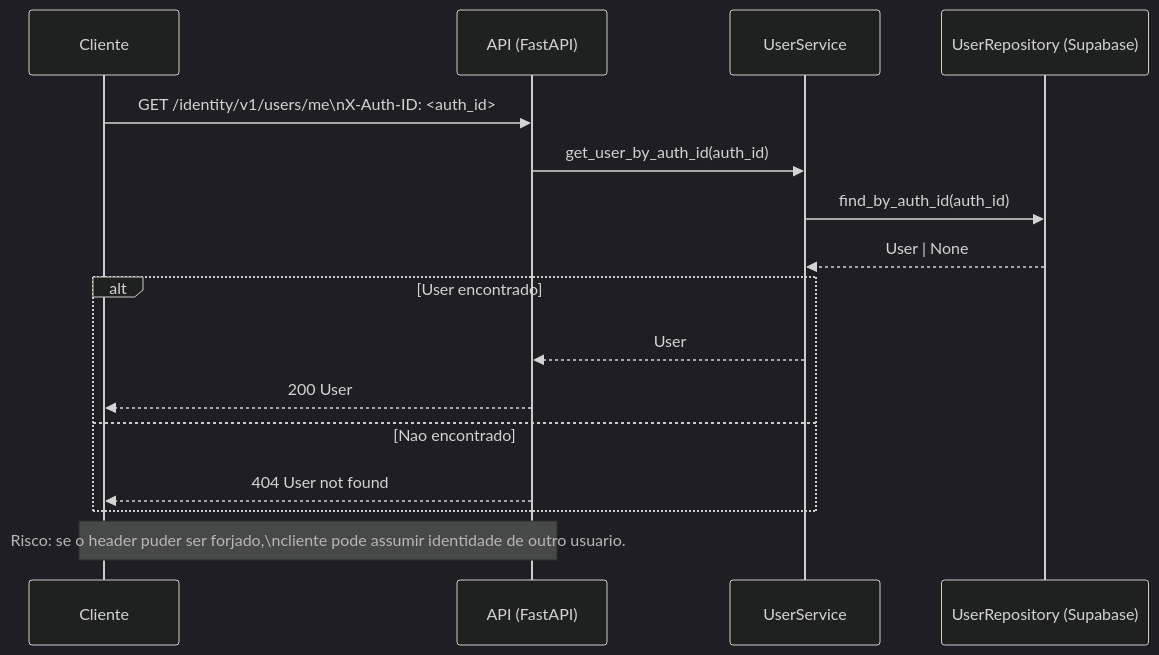
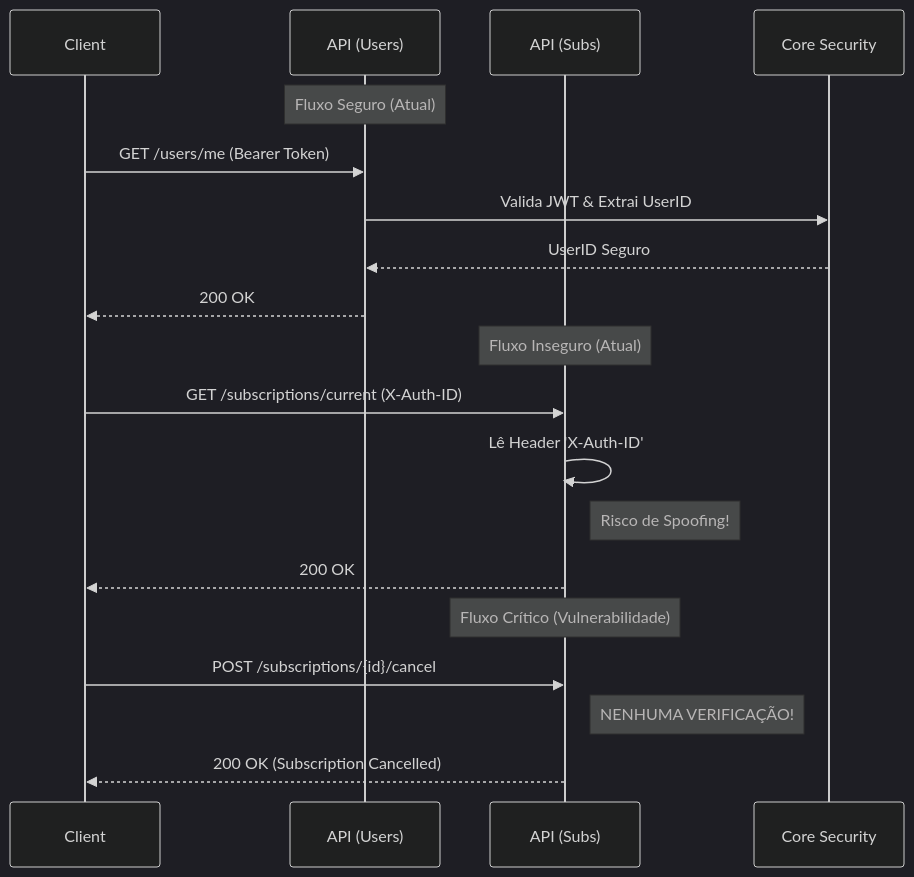
The second of 2 diagrams in src/modules/identity/docs/analise_conformidade_modulo_identity.md (lennonconstantino/whatsapp_twilio_ai), drawn with Mermaid (dark theme) before and after one commit. The commit also changed other lines of this file and 12 other files, not shown here.

First line of the commit message:
docs: add comprehensive architectural analysis reports

````diff
--- a/src/modules/identity/docs/analise_conformidade_modulo_identity.md
+++ b/src/modules/identity/docs/analise_conformidade_modulo_identity.md
@@ -260,20 +123,24 @@
 ```mermaid
 sequenceDiagram
-  participant C as Cliente
-  participant A as API (FastAPI)
-  participant U as UserService
-  participant UR as UserRepository (Supabase)
+    participant Client
+    participant API_User as API (Users)
+    participant API_Sub as API (Subs)
+    participant Auth as Core Security
 
-  C->>A: GET /identity/v1/users/me\nX-Auth-ID: <auth_id>
-  A->>U: get_user_by_auth_id(auth_id)
-  U->>UR: find_by_auth_id(auth_id)
-  UR-->>U: User | None
-  alt User encontrado
-    U-->>A: User
-    A-->>C: 200 User
-  else Nao encontrado
-    A-->>C: 404 User not found
-  end
+    Note over API_User: Fluxo Seguro (Atual)
+    Client->>API_User: GET /users/me (Bearer Token)
+    API_User->>Auth: Valida JWT & Extrai UserID
+    Auth-->>API_User: UserID Seguro
+    API_User-->>Client: 200 OK
 
-  Note over C,A: Risco: se o header puder ser forjado,\ncliente pode assumir identidade de outro usuario.
+    Note over API_Sub: Fluxo Inseguro (Atual)
+    Client->>API_Sub: GET /subscriptions/current (X-Auth-ID)
+    API_Sub->>API_Sub: Lê Header 'X-Auth-ID'
+    Note right of API_Sub: Risco de Spoofing!
+    API_Sub-->>Client: 200 OK
+
+    Note over API_Sub: Fluxo Crítico (Vulnerabilidade)
+    Client->>API_Sub: POST /subscriptions/{id}/cancel
+    Note right of API_Sub: NENHUMA VERIFICAÇÃO!
+    API_Sub-->>Client: 200 OK (Subscription Cancelled)
 ```
````
